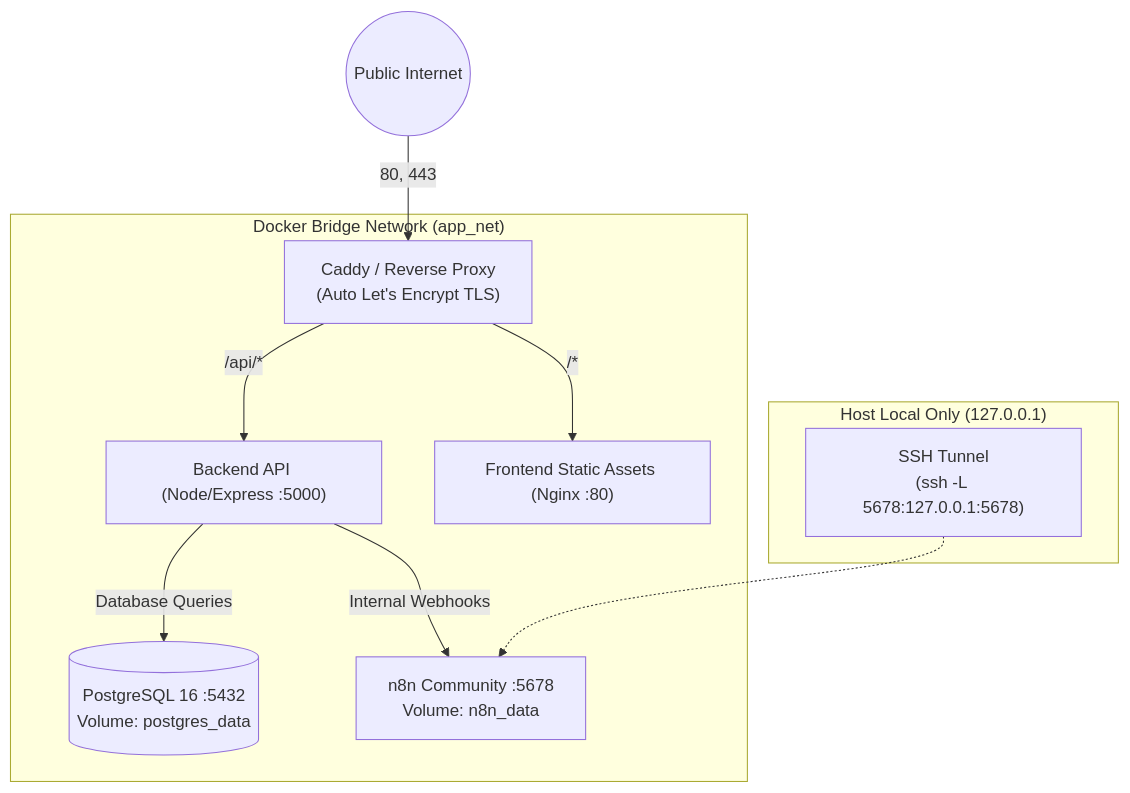
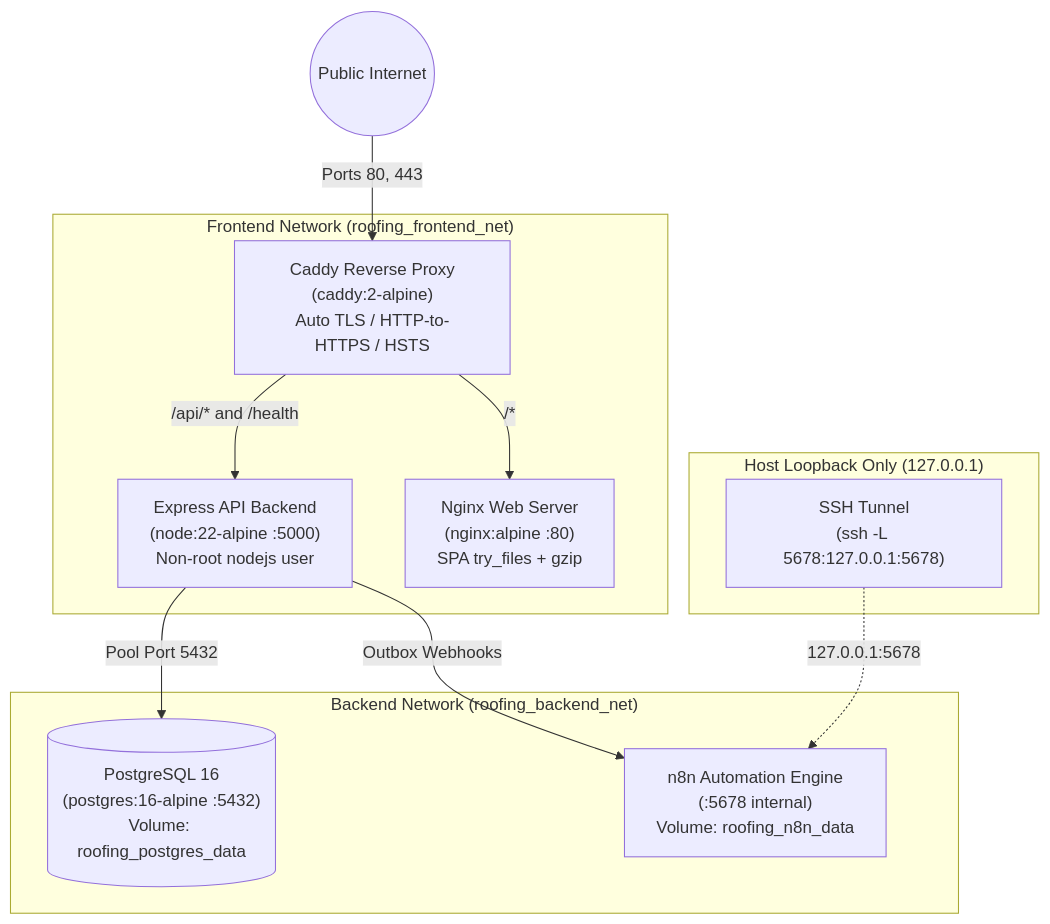
The diagram in docs/DEPLOYMENT.md (ennonn/roofing-lead-management---automation-system), drawn with Mermaid before and after one commit. The commit also changed other lines of this file and 10 other files, not shown here.

````diff
--- a/docs/DEPLOYMENT.md
+++ b/docs/DEPLOYMENT.md
@@ -18,15 +42,18 @@
 ```mermaid
 graph TD
-    Internet((Public Internet)) -->|80, 443| Proxy["Caddy / Reverse Proxy\n(Auto Let's Encrypt TLS)"]
+    Internet((Public Internet)) -->|Ports 80, 443| Proxy["Caddy Reverse Proxy\n(caddy:2-alpine)\nAuto TLS / HTTP-to-HTTPS / HSTS"]
 
-    subgraph "Docker Bridge Network (app_net)"
-        Proxy -->|/api/*| Backend["Backend API (Node/Express :5000)"]
-        Proxy -->|/*| Frontend["Frontend Static Assets (Nginx :80)"]
-        Backend -->|Database Queries| Postgres[("PostgreSQL 16 :5432\nVolume: postgres_data")]
-        Backend -->|Internal Webhooks| N8N["n8n Community :5678\nVolume: n8n_data"]
+    subgraph "Frontend Network (roofing_frontend_net)"
+        Proxy -->|/api/* and /health| Backend["Express API Backend\n(node:22-alpine :5000)\nNon-root nodejs user"]
+        Proxy -->|/*| Frontend["Nginx Web Server\n(nginx:alpine :80)\nSPA try_files + gzip"]
     end
 
-    subgraph "Host Local Only (127.0.0.1)"
-        AdminSSH["SSH Tunnel\n(ssh -L 5678:127.0.0.1:5678)"] -.-> N8N
+    subgraph "Backend Network (roofing_backend_net)"
+        Backend -->|Pool Port 5432| DB[("PostgreSQL 16\n(postgres:16-alpine :5432)\nVolume: roofing_postgres_data")]
+        Backend -->|Outbox Webhooks| N8N["n8n Automation Engine\n(:5678 internal)\nVolume: roofing_n8n_data"]
+    end
+
+    subgraph "Host Loopback Only (127.0.0.1)"
+        AdminSSH["SSH Tunnel\n(ssh -L 5678:127.0.0.1:5678)"] -.->|127.0.0.1:5678| N8N
     end
 ```
````
